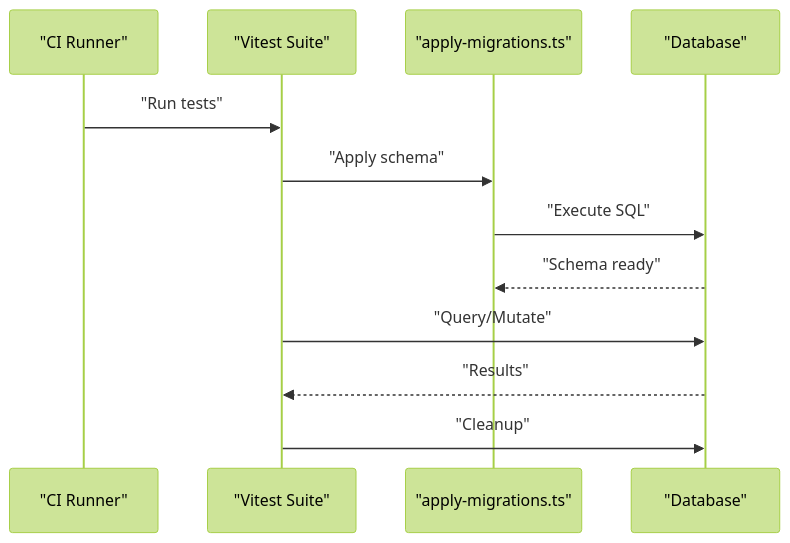
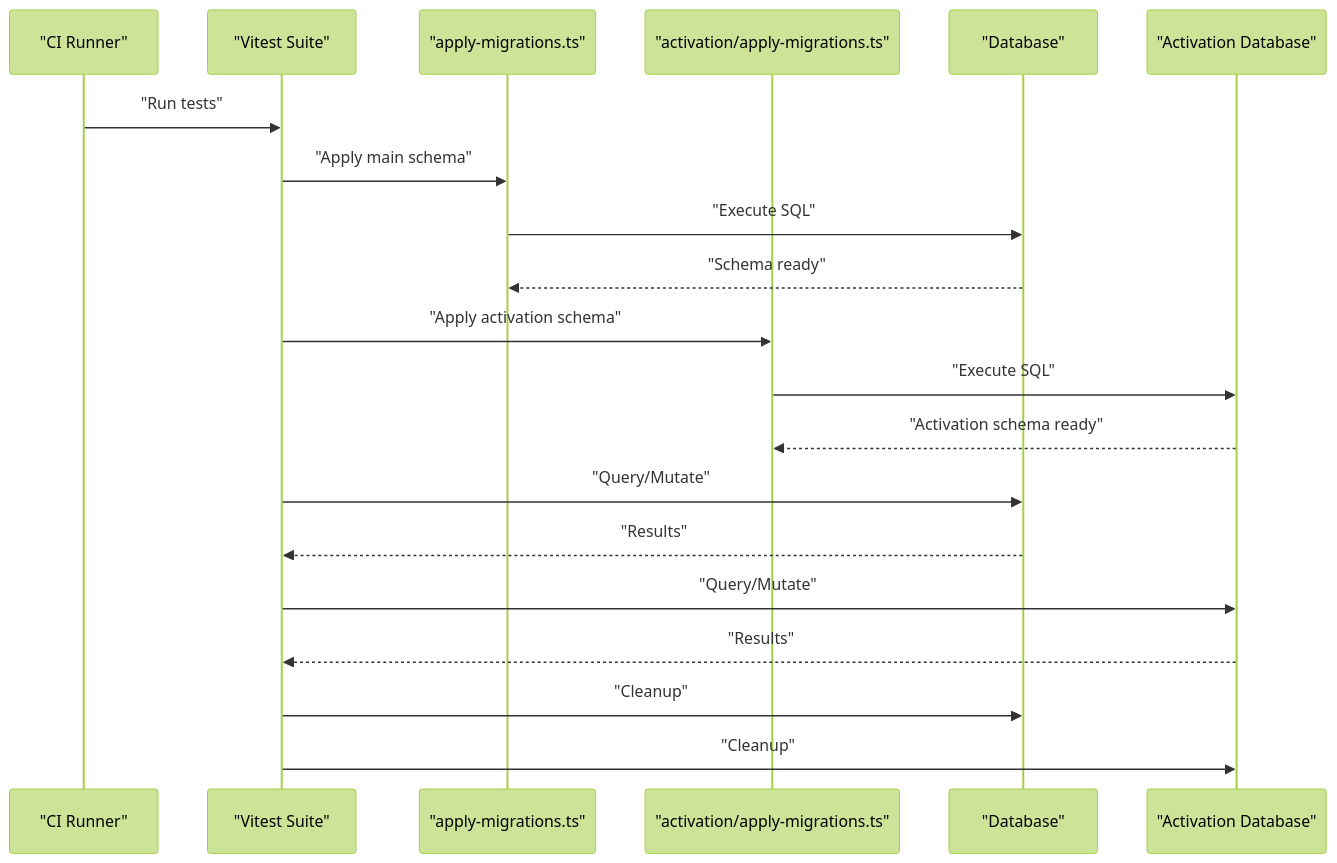
The sixth of 8 diagrams in .qoder/repowiki/en/content/Testing Guide/Testing Guide.md (Mesililm-LLC/api.trackdub), drawn with Mermaid (forest theme) before and after one commit. The commit also changed other lines of this file and 37 other files, not shown here.

````diff
--- a/.qoder/repowiki/en/content/Testing Guide/Testing Guide.md
+++ b/.qoder/repowiki/en/content/Testing Guide/Testing Guide.md
@@ -268,14 +369,22 @@
 ```mermaid
 sequenceDiagram
 participant CI as "CI Runner"
 participant Test as "Vitest Suite"
 participant Migrator as "apply-migrations.ts"
+participant ActivMigrator as "activation/apply-migrations.ts"
 participant DB as "Database"
+participant ActivDB as "Activation Database"
 CI->>Test : "Run tests"
-Test->>Migrator : "Apply schema"
+Test->>Migrator : "Apply main schema"
 Migrator->>DB : "Execute SQL"
 DB-->>Migrator : "Schema ready"
+Test->>ActivMigrator : "Apply activation schema"
+ActivMigrator->>ActivDB : "Execute SQL"
+ActivDB-->>ActivMigrator : "Activation schema ready"
 Test->>DB : "Query/Mutate"
 DB-->>Test : "Results"
+Test->>ActivDB : "Query/Mutate"
+ActivDB-->>Test : "Results"
 Test->>DB : "Cleanup"
+Test->>ActivDB : "Cleanup"
 ```
````
